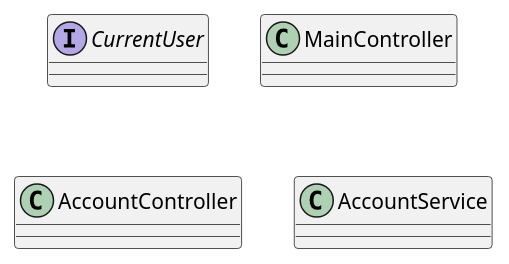
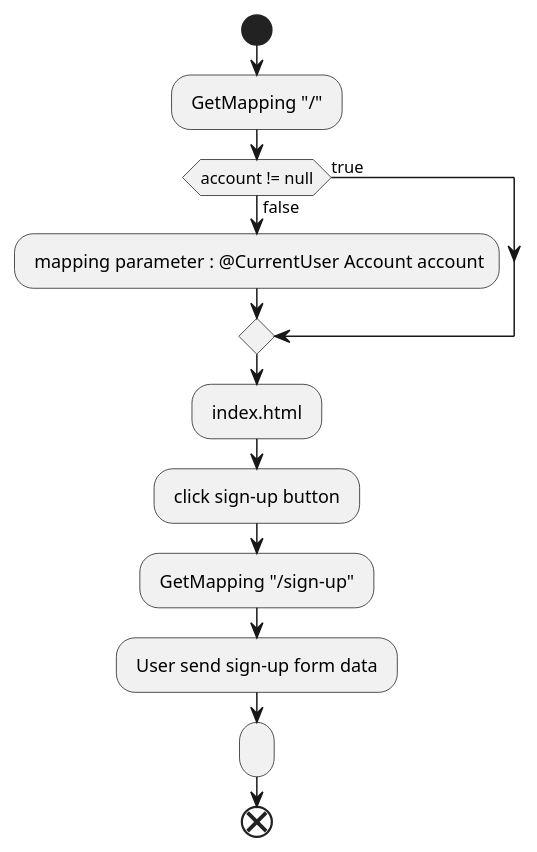
The diagram in src/main/java/umls/HowClassesAreFlowInAuthenticationPrinciple.puml (choomi1217/SpringBootJpaStudy), drawn with PlantUML before and after one commit. The commit also changed 3 other files, not shown here.

Commit message:
:memo: HowToDocument With PlantUML

```diff
--- a/src/main/java/umls/HowClassesAreFlowInAuthenticationPrinciple.puml
+++ b/src/main/java/umls/HowClassesAreFlowInAuthenticationPrinciple.puml
@@ -1,9 +1,26 @@
 @startuml
 'https://plantuml.com/class-diagram
+
+start
+: GetMapping "/" ;
+if (account != null) then (false)
+: mapping parameter : @CurrentUser Account account;
+else (true)
+endif
+: index.html ;
+: click sign-up button ;
+: GetMapping "/sign-up" ;
+: User send sign-up form data ;
+: ;
+end
+
+/'
 
 interface CurrentUser
 class MainController
 class AccountController
 class AccountService
+'/
+
 
 @enduml
```
